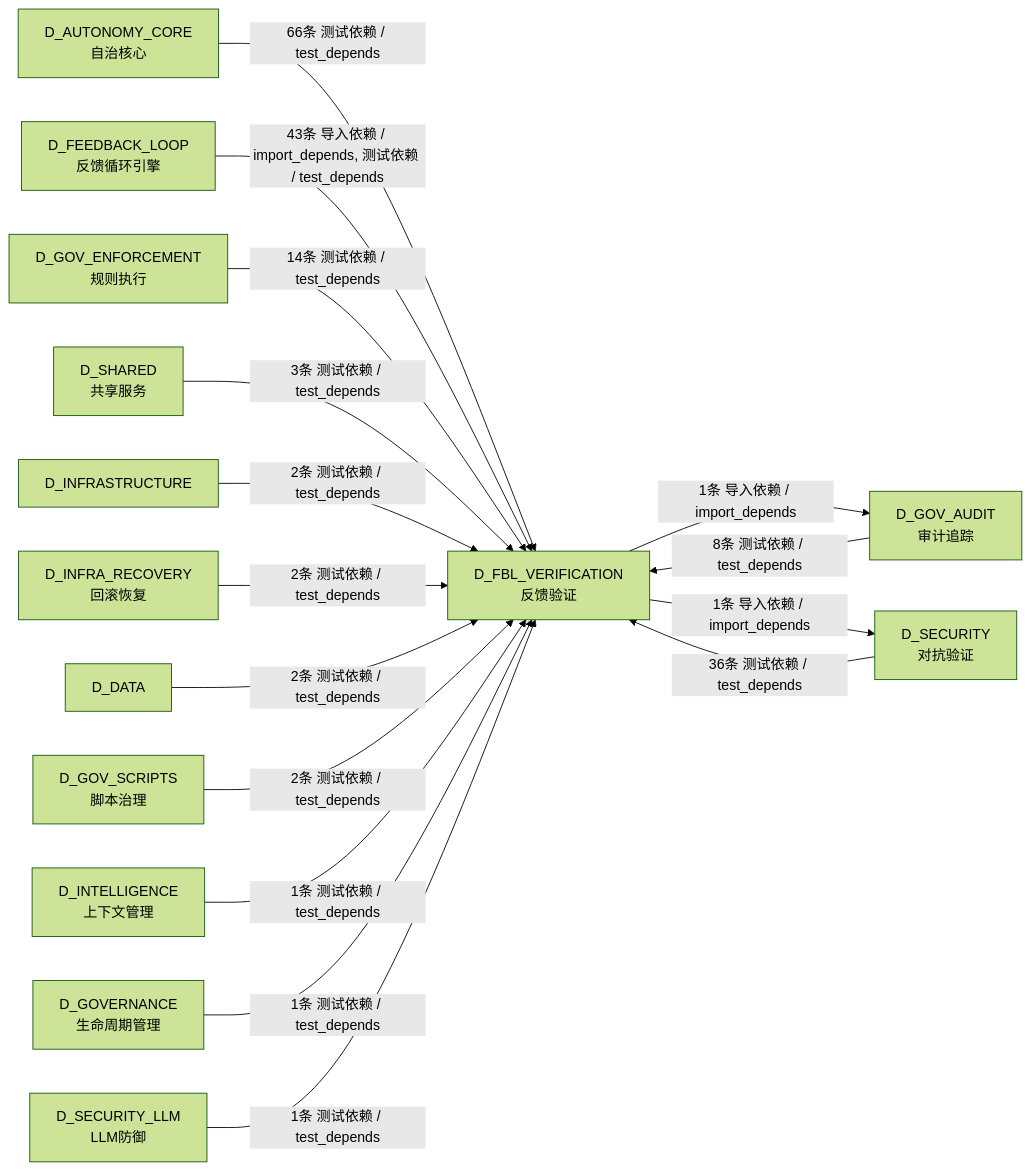
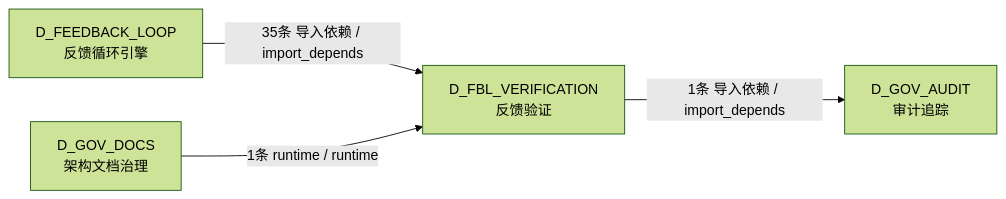
Before and after one commit to xuanFelixVan/ZephyrAlpha: the sixth of 6 diagrams in docs/02_enterprise_architecture/02_domain_architecture_docs/13_d_fbl_verification.md, drawn with Mermaid (forest theme). The commit also changed other lines of this file and 126 other files, not shown here.

````diff
--- a/docs/02_enterprise_architecture/02_domain_architecture_docs/13_d_fbl_verification.md
+++ b/docs/02_enterprise_architecture/02_domain_architecture_docs/13_d_fbl_verification.md
@@ -659,32 +494,10 @@
 ```mermaid
 graph LR
     D_FBL_VERIFICATION["D_FBL_VERIFICATION<br/>反馈验证"]
     D_GOV_AUDIT["D_GOV_AUDIT<br/>审计追踪"]
-    D_SECURITY["D_SECURITY<br/>对抗验证"]
-    D_AUTONOMY_CORE["D_AUTONOMY_CORE<br/>自治核心"]
     D_FEEDBACK_LOOP["D_FEEDBACK_LOOP<br/>反馈循环引擎"]
-    D_GOV_ENFORCEMENT["D_GOV_ENFORCEMENT<br/>规则执行"]
-    D_SHARED["D_SHARED<br/>共享服务"]
-    D_INFRASTRUCTURE["D_INFRASTRUCTURE"]
-    D_INFRA_RECOVERY["D_INFRA_RECOVERY<br/>回滚恢复"]
-    D_DATA["D_DATA"]
-    D_GOV_SCRIPTS["D_GOV_SCRIPTS<br/>脚本治理"]
-    D_INTELLIGENCE["D_INTELLIGENCE<br/>上下文管理"]
-    D_GOVERNANCE["D_GOVERNANCE<br/>生命周期管理"]
-    D_SECURITY_LLM["D_SECURITY_LLM<br/>LLM防御"]
+    D_GOV_DOCS["D_GOV_DOCS<br/>架构文档治理"]
     D_FBL_VERIFICATION -->|1条 导入依赖 / import_depends| D_GOV_AUDIT
-    D_FBL_VERIFICATION -->|1条 导入依赖 / import_depends| D_SECURITY
-    D_AUTONOMY_CORE -->|66条 测试依赖 / test_depends| D_FBL_VERIFICATION
-    D_FEEDBACK_LOOP -->|43条 导入依赖 / import_depends, 测试依赖 / test_depends| D_FBL_VERIFICATION
-    D_SECURITY -->|36条 测试依赖 / test_depends| D_FBL_VERIFICATION
-    D_GOV_ENFORCEMENT -->|14条 测试依赖 / test_depends| D_FBL_VERIFICATION
-    D_GOV_AUDIT -->|8条 测试依赖 / test_depends| D_FBL_VERIFICATION
-    D_SHARED -->|3条 测试依赖 / test_depends| D_FBL_VERIFICATION
-    D_INFRASTRUCTURE -->|2条 测试依赖 / test_depends| D_FBL_VERIFICATION
-    D_INFRA_RECOVERY -->|2条 测试依赖 / test_depends| D_FBL_VERIFICATION
-    D_DATA -->|2条 测试依赖 / test_depends| D_FBL_VERIFICATION
-    D_GOV_SCRIPTS -->|2条 测试依赖 / test_depends| D_FBL_VERIFICATION
-    D_INTELLIGENCE -->|1条 测试依赖 / test_depends| D_FBL_VERIFICATION
-    D_GOVERNANCE -->|1条 测试依赖 / test_depends| D_FBL_VERIFICATION
-    D_SECURITY_LLM -->|1条 测试依赖 / test_depends| D_FBL_VERIFICATION
+    D_FEEDBACK_LOOP -->|35条 导入依赖 / import_depends| D_FBL_VERIFICATION
+    D_GOV_DOCS -->|1条 runtime / runtime| D_FBL_VERIFICATION
 ```
````
